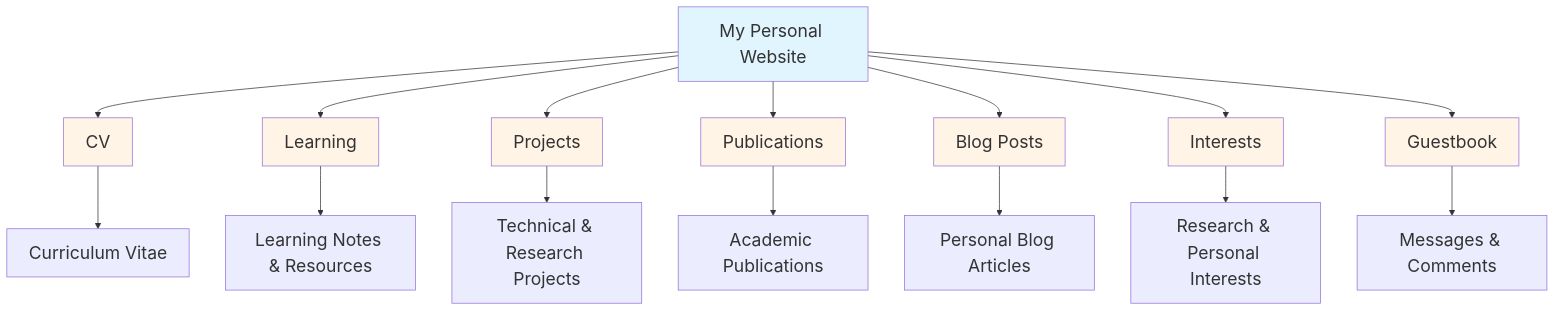
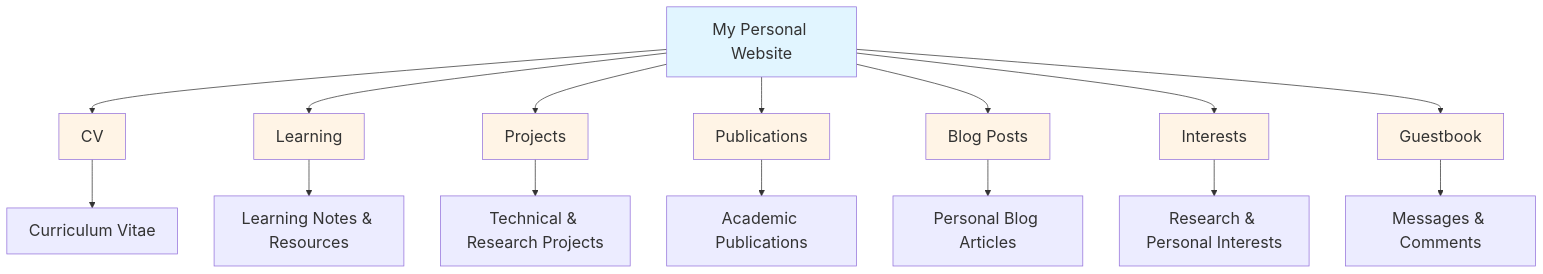
Before and after one commit to Anthony-Li-Anran/Anthony-Li-Anran.github.io: the diagram in _pages/about.md, drawn with Mermaid.

Commit message:
Adjusted the font size

````diff
--- a/_pages/about.md
+++ b/_pages/about.md
@@ -15,34 +15,34 @@
 ```mermaid
 ---
 config:
   theme: 'default'
   themeVariables:
-    fontSize: '24px'
+    fontSize: '22px'
     fontFamily: 'Comic Sans MS'
 ---
 graph TD
     A[My Personal Website] --> B[CV]
     A --> C[Learning]
     A --> D[Projects]
     A --> E[Publications]
     A --> F[Blog Posts]
     A --> G[Interests]
     A --> H[Guestbook]
     
     B --> B1[Curriculum Vitae]
     C --> C1[Learning Notes & Resources]
     D --> D1[Technical & Research Projects]
     E --> E1[Academic Publications]
     F --> F1[Personal Blog Articles]
     G --> G1[Research & Personal Interests]
     H --> H1[Messages & Comments]
     
     style A fill:#e1f5ff
     style B fill:#fff4e6
     style C fill:#fff4e6
     style D fill:#fff4e6
     style E fill:#fff4e6
     style F fill:#fff4e6
     style G fill:#fff4e6
     style H fill:#fff4e6
 ```
````
